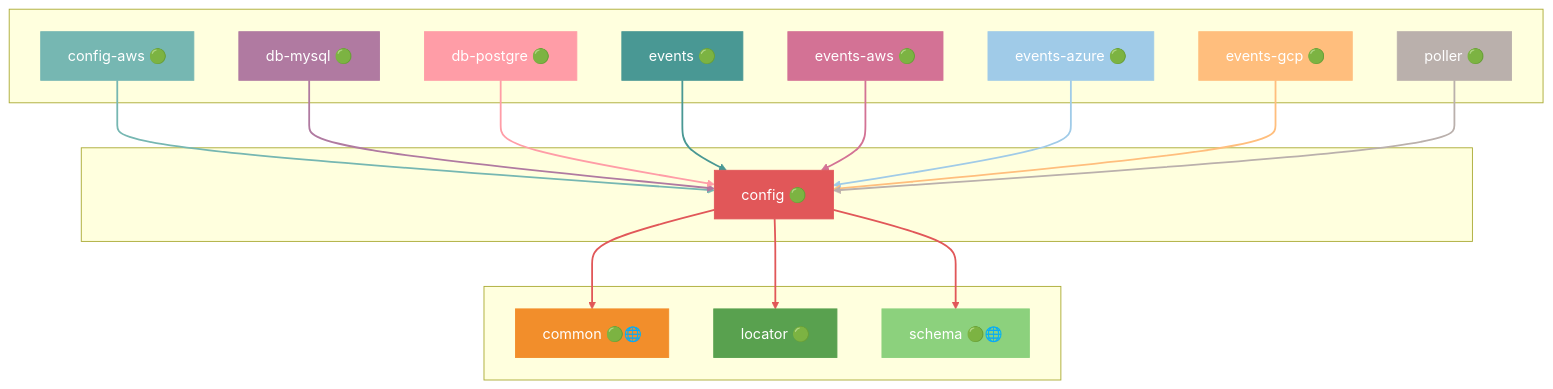
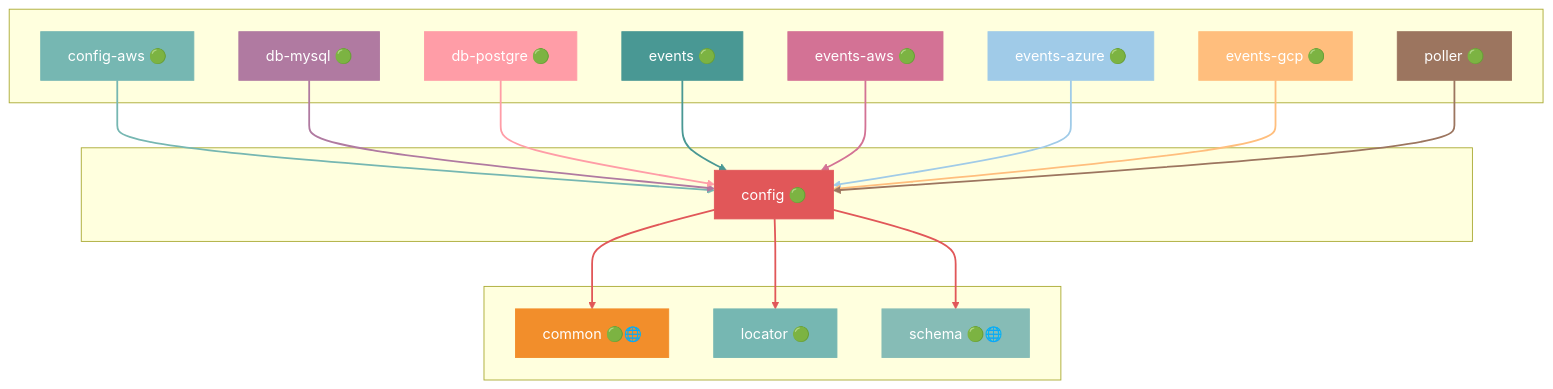
The fourth of 40 diagrams in docs/DEPENDENCIES.md (grest-ts/grest-ts), drawn with Mermaid before and after one commit. The commit also changed other lines of this file and 34 other files, not shown here.

````diff
--- a/docs/DEPENDENCIES.md
+++ b/docs/DEPENDENCIES.md
@@ -443,55 +441,55 @@
 ```mermaid
 flowchart TB
     subgraph Dependents[" "]
         config-aws["config-aws 🟢"]
         db-mysql["db-mysql 🟢"]
         db-postgre["db-postgre 🟢"]
         events["events 🟢"]
         events-aws["events-aws 🟢"]
         events-azure["events-azure 🟢"]
         events-gcp["events-gcp 🟢"]
         poller["poller 🟢"]
     end
     subgraph Package[" "]
         config["config 🟢"]
     end
     subgraph Dependencies[" "]
         common["common 🟢🌐"]
         locator["locator 🟢"]
         schema["schema 🟢🌐"]
     end
     config-aws --> config
     db-mysql --> config
     db-postgre --> config
     events --> config
     events-aws --> config
     events-azure --> config
     events-gcp --> config
     poller --> config
     config --> common
     config --> locator
     config --> schema
     style config fill:#E15759,stroke:#E15759,color:#fff
     style config-aws fill:#76B7B2,stroke:#76B7B2,color:#fff
     style db-mysql fill:#B07AA1,stroke:#B07AA1,color:#fff
     style db-postgre fill:#FF9DA7,stroke:#FF9DA7,color:#fff
     style events fill:#499894,stroke:#499894,color:#fff
     style events-aws fill:#D37295,stroke:#D37295,color:#fff
     style events-azure fill:#A0CBE8,stroke:#A0CBE8,color:#fff
     style events-gcp fill:#FFBE7D,stroke:#FFBE7D,color:#fff
-    style poller fill:#BAB0AC,stroke:#BAB0AC,color:#fff
+    style poller fill:#9C755F,stroke:#9C755F,color:#fff
     style common fill:#F28E2B,stroke:#F28E2B,color:#fff
-    style locator fill:#59A14F,stroke:#59A14F,color:#fff
-    style schema fill:#8CD17D,stroke:#8CD17D,color:#fff
+    style locator fill:#76B7B2,stroke:#76B7B2,color:#fff
+    style schema fill:#86BCB6,stroke:#86BCB6,color:#fff
     linkStyle 0 stroke:#76B7B2,stroke-width:2px
     linkStyle 1 stroke:#B07AA1,stroke-width:2px
     linkStyle 2 stroke:#FF9DA7,stroke-width:2px
     linkStyle 3 stroke:#499894,stroke-width:2px
     linkStyle 4 stroke:#D37295,stroke-width:2px
     linkStyle 5 stroke:#A0CBE8,stroke-width:2px
     linkStyle 6 stroke:#FFBE7D,stroke-width:2px
-    linkStyle 7 stroke:#BAB0AC,stroke-width:2px
+    linkStyle 7 stroke:#9C755F,stroke-width:2px
     linkStyle 8 stroke:#E15759,stroke-width:2px
     linkStyle 9 stroke:#E15759,stroke-width:2px
     linkStyle 10 stroke:#E15759,stroke-width:2px
 ```
````
